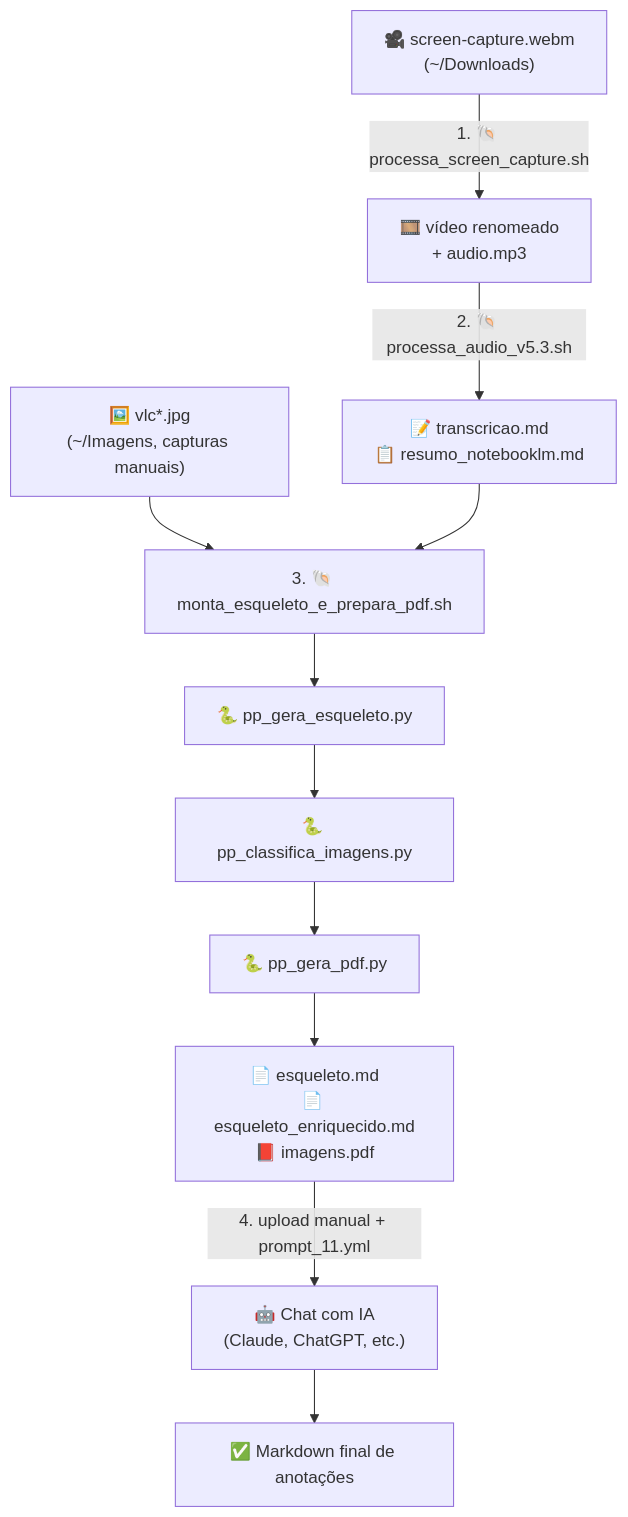
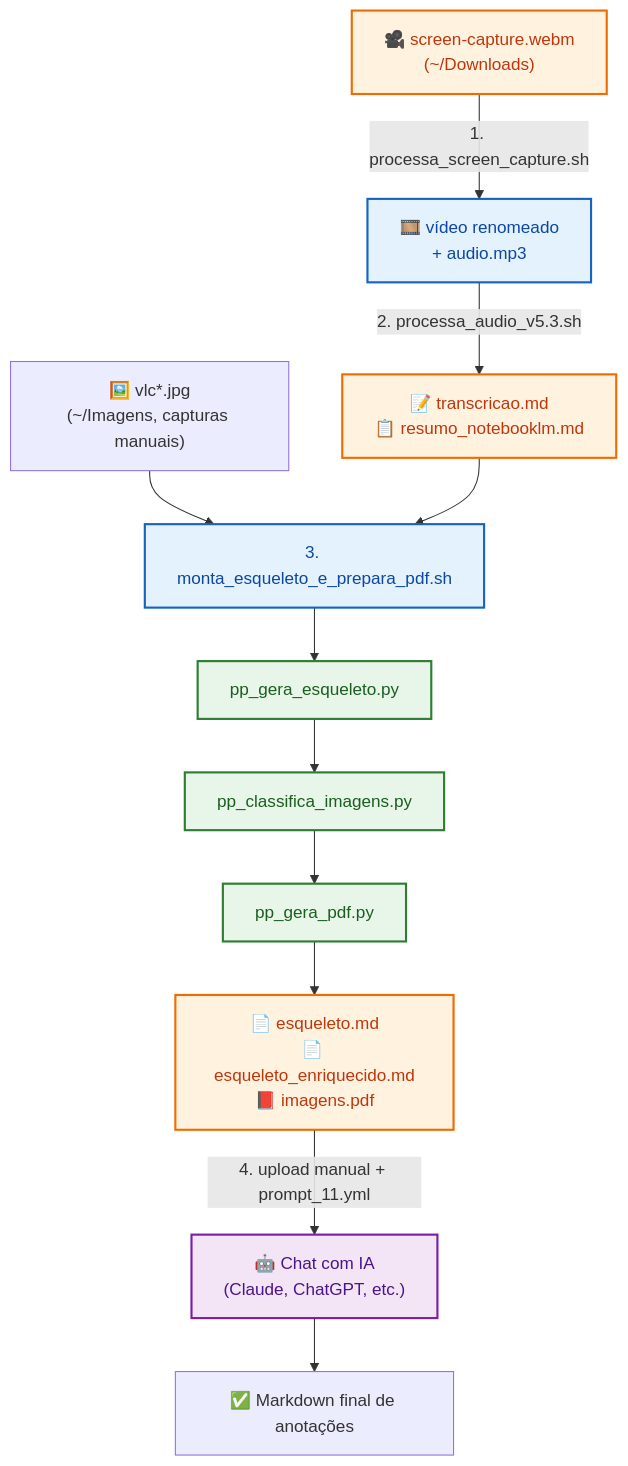
The diagram in README.md (ahaerdy/class-notes-pipeline-toolkit), drawn with Mermaid before and after one commit.

Commit message:
refactor(readme): aplicar estilização visual ao diagrama do fluxo

````diff
--- a/README.md
+++ b/README.md
@@ -24,13 +24,25 @@
 ```mermaid
 flowchart TD
-    A["🎥 screen-capture.webm\n(~/Downloads)"] -->|"1. 🐚 processa_screen_capture.sh"| B["🎞️ vídeo renomeado\n+ audio.mp3"]
-    B -->|"2. 🐚 processa_audio_v5.3.sh"| C["📝 transcricao.md\n📋 resumo_notebooklm.md"]
+    %% Definição das classes de estilo
+    classDef python fill:#e8f5e9,stroke:#2e7d32,stroke-width:2px,color:#1b5e20;
+    classDef shell fill:#e3f2fd,stroke:#1565c0,stroke-width:2px,color:#0d47a1;
+    classDef doc fill:#fff3e0,stroke:#ef6c00,stroke-width:2px,color:#bf360c;
+    classDef ai fill:#f3e5f5,stroke:#7b1fa2,stroke-width:2px,color:#4a148c;
+
+    A["🎥 screen-capture.webm\n(~/Downloads)"] -->|"1. processa_screen_capture.sh"| B["🎞️ vídeo renomeado\n+ audio.mp3"]
+    B -->|"2. processa_audio_v5.3.sh"| C["📝 transcricao.md\n📋 resumo_notebooklm.md"]
     D["🖼️ vlc*.jpg\n(~/Imagens, capturas manuais)"] --> E
-    C --> E["3. 🐚 monta_esqueleto_e_prepara_pdf.sh"]
-    E --> F["🐍 pp_gera_esqueleto.py"]
-    F --> G["🐍 pp_classifica_imagens.py"]
-    G --> H["🐍 pp_gera_pdf.py"]
+    C --> E["3. monta_esqueleto_e_prepara_pdf.sh"]
+    E --> F["pp_gera_esqueleto.py"]
+    F --> G["pp_classifica_imagens.py"]
+    G --> H["pp_gera_pdf.py"]
     H --> I["📄 esqueleto.md\n📄 esqueleto_enriquecido.md\n📕 imagens.pdf"]
     I -->|"4. upload manual + prompt_11.yml"| J["🤖 Chat com IA\n(Claude, ChatGPT, etc.)"]
     J --> K["✅ Markdown final de anotações"]
+
+    %% Aplicando as classes
+    class F,G,H python;
+    class E,B shell;
+    class A,C,I doc;
+    class J ai;
 ```
````
